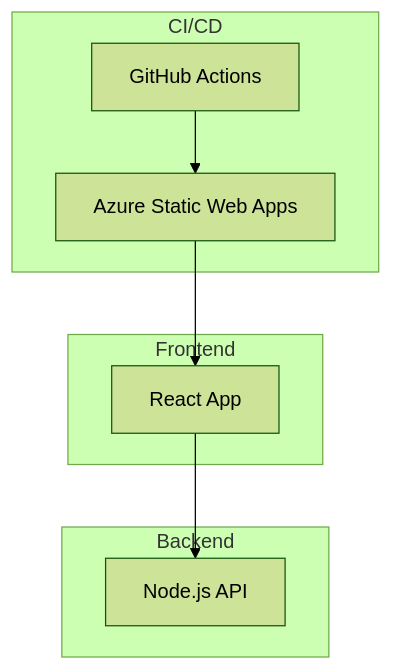
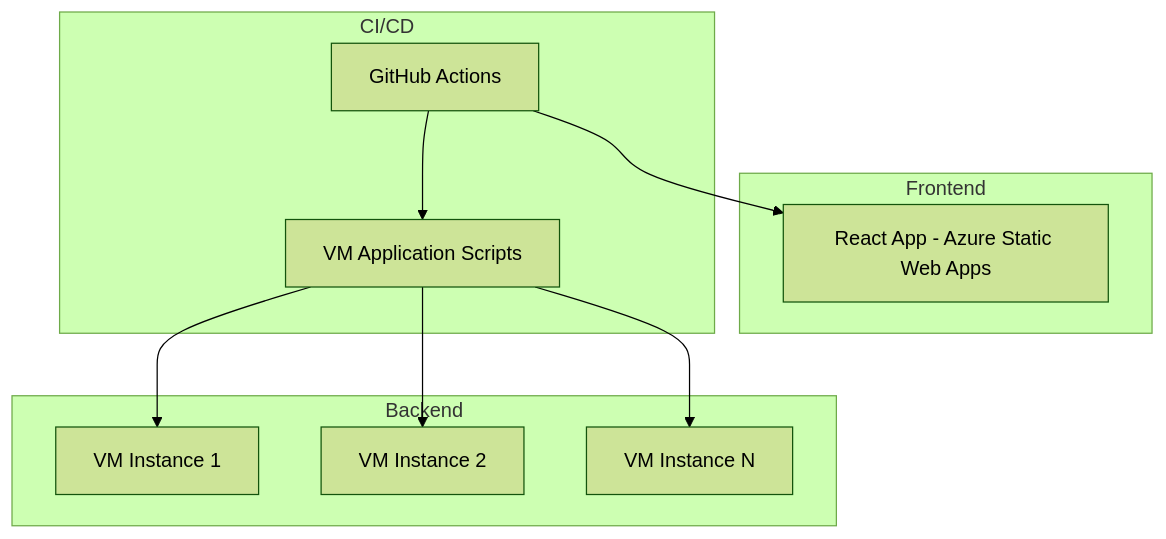
Before and after one commit to LargeWC-Code/TrustaSitter: the second of 5 diagrams in CI_CD_DIAGRAMS.md, drawn with Mermaid (forest theme). The commit also changed other lines of this file, not shown here.

Commit message:
changed: diagram

````diff
--- a/CI_CD_DIAGRAMS.md
+++ b/CI_CD_DIAGRAMS.md
@@ -18,19 +22,23 @@
 ```mermaid
 graph TB
     subgraph "Frontend"
-        F[React App]
+        F[React App - Azure Static Web Apps]
     end
     
     subgraph "Backend"
-        B[Node.js API]
+        B1[VM Instance 1]
+        B2[VM Instance 2]
+        B3[VM Instance N]
     end
     
     subgraph "CI/CD"
         G[GitHub Actions]
-        A[Azure Static Web Apps]
+        V[VM Application Scripts]
     end
     
-    G --> A
-    A --> F
-    F --> B
+    G --> F
+    G --> V
+    V --> B1
+    V --> B2
+    V --> B3
 ```
````
